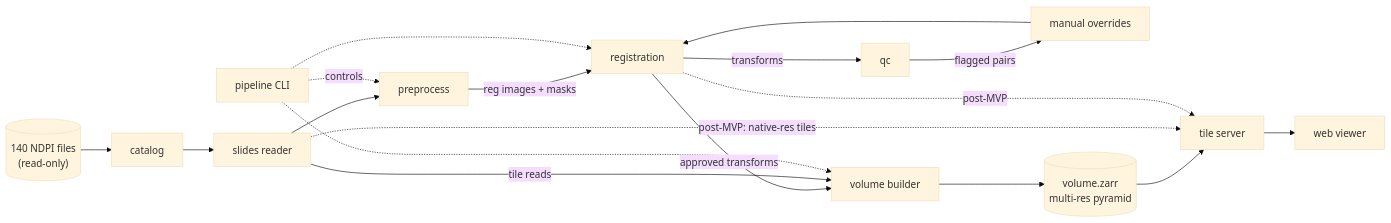
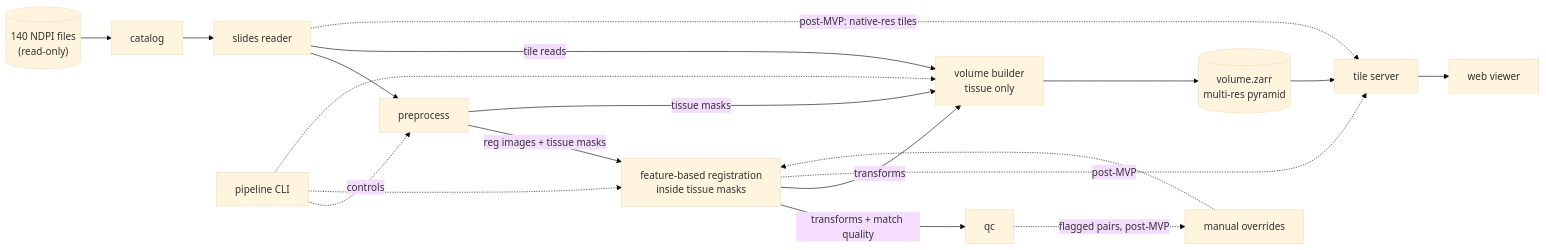
Before and after one commit to Mohammad-Aminazadeh/brain-3d-reconstruction: the first of 2 diagrams in docs/ARCHITECTURE.md, drawn with Mermaid (base theme). The commit also changed other lines of this file and 7 other files, not shown here.

First line of the commit message:
Docs: tissue-only processing, feature-based registration, implementation plan

````diff
--- a/docs/ARCHITECTURE.md
+++ b/docs/ARCHITECTURE.md
@@ -34,20 +36,21 @@
 ```mermaid
 flowchart LR
     NDPI[("140 NDPI files<br/>(read-only)")] --> CAT[catalog]
     CAT --> SL[slides reader]
     SL --> PRE[preprocess]
-    PRE -->|reg images + masks| REG[registration]
-    REG -->|transforms| QC[qc]
-    QC -->|flagged pairs| OVR[manual overrides]
-    OVR --> REG
-    REG -->|approved transforms| VOL[volume builder]
+    PRE -->|reg images + tissue masks| REG[feature-based registration<br/>inside tissue masks]
+    REG -->|transforms + match quality| QC[qc]
+    QC -.->|flagged pairs, post-MVP| OVR[manual overrides]
+    OVR -.-> REG
+    REG -->|transforms| VOL[volume builder<br/>tissue only]
+    PRE -->|tissue masks| VOL
     SL -->|tile reads| VOL
     VOL --> ZARR[("volume.zarr<br/>multi-res pyramid")]
     ZARR --> SRV[tile server]
     SRV --> WEB[web viewer]
     SL -. post-MVP: native-res tiles .-> SRV
     REG -. post-MVP .-> SRV
     ORCH[pipeline CLI] -.controls.-> PRE
     ORCH -.-> REG
     ORCH -.-> VOL
 ```
````
